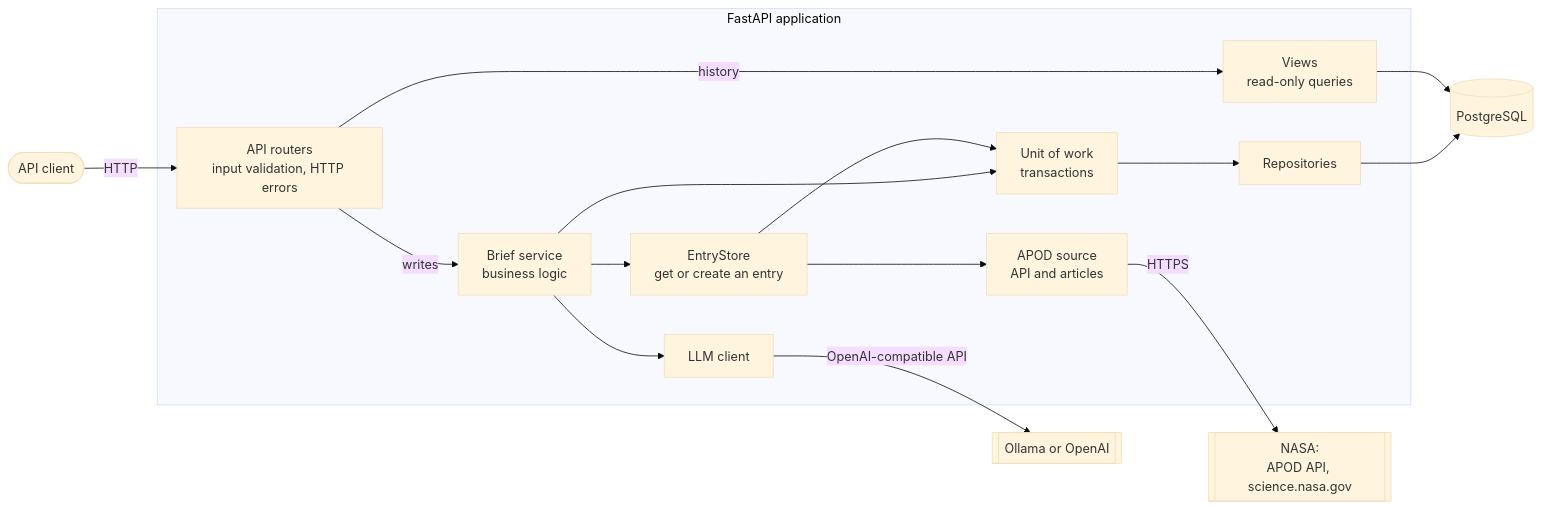
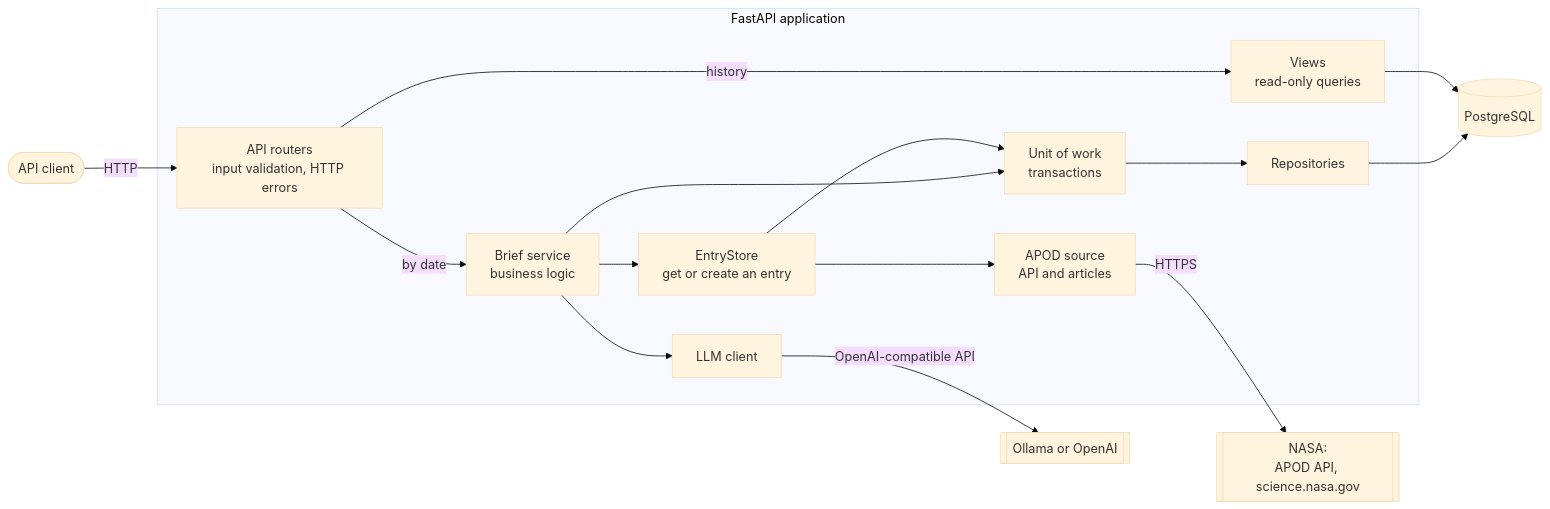
One commit to OstapchukIryna/astronomy-brief changed the first of 3 diagrams in README.md. Above: the diagram before and after it, drawn with Mermaid (base theme). The commit also changed other lines of this file and 9 other files, not shown here.

````diff
--- a/README.md
+++ b/README.md
@@ -34,28 +34,28 @@
 ```mermaid
 flowchart LR
     user([API client]) -->|HTTP| api
 
     subgraph app [FastAPI application]
         api[API routers<br/>input validation, HTTP errors]
         svc[Brief service<br/>business logic]
         entries[EntryStore<br/>get or create an entry]
         views[Views<br/>read-only queries]
         uow[Unit of work<br/>transactions]
         repo[Repositories]
         apod[APOD source<br/>API and articles]
         llm[LLM client]
     end
 
-    api -->|writes| svc
+    api -->|by date| svc
     api -->|history| views
     svc --> entries
     svc --> uow
     entries --> uow
     entries --> apod
     svc --> llm
     uow --> repo
     repo --> db[(PostgreSQL)]
     views --> db
     apod -->|HTTPS| nasa[[NASA:<br/>APOD API, science.nasa.gov]]
     llm -->|OpenAI-compatible API| model[[Ollama or OpenAI]]
 ```
````
